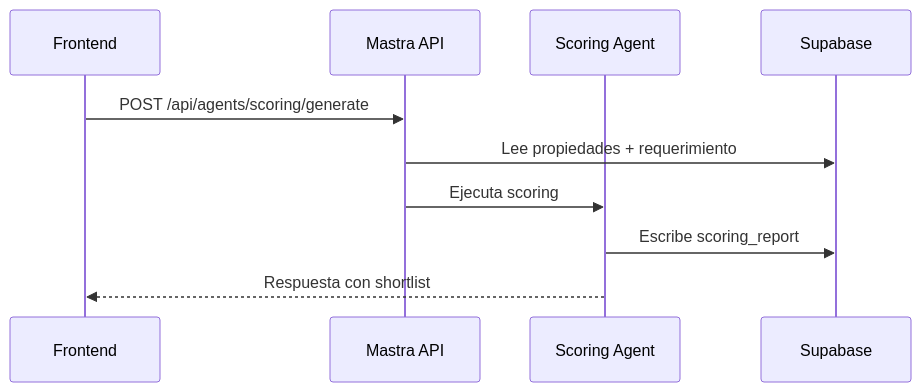
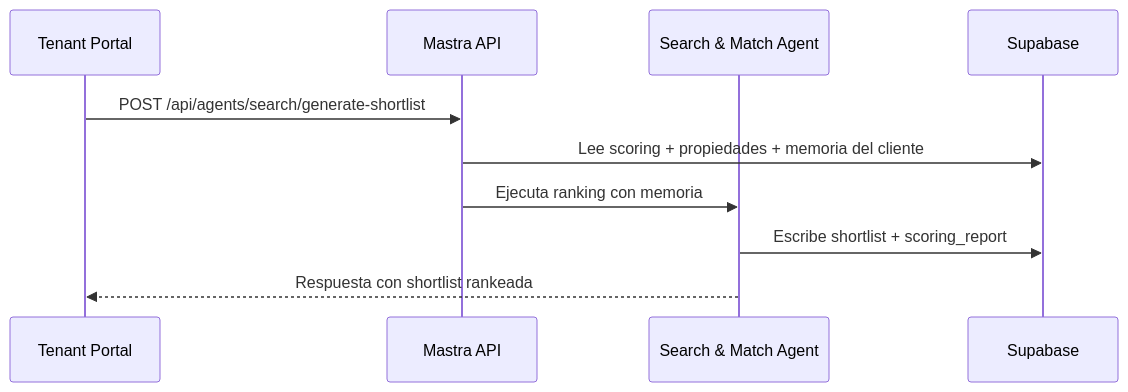
The fifth of 6 diagrams in 02-Architecture/Agent-Architecture.md (pablo-beiqa/beiqa-real-estate-platform), drawn with Mermaid before and after one commit. The commit also changed other lines of this file and 18 other files, not shown here.

````diff
--- a/02-Architecture/Agent-Architecture.md
+++ b/02-Architecture/Agent-Architecture.md
@@ -239,13 +652,13 @@
 ```mermaid
 sequenceDiagram
-    participant FE as Frontend
+    participant FE as Tenant Portal
     participant MA as Mastra API
-    participant Agent as Scoring Agent
+    participant SM as Search & Match Agent
     participant SB as Supabase
 
-    FE->>MA: POST /api/agents/scoring/generate
-    MA->>SB: Lee propiedades + requerimiento
-    MA->>Agent: Ejecuta scoring
-    Agent->>SB: Escribe scoring_report
-    Agent-->>FE: Respuesta con shortlist
+    FE->>MA: POST /api/agents/search/generate-shortlist
+    MA->>SB: Lee scoring + propiedades + memoria del cliente
+    MA->>SM: Ejecuta ranking con memoria
+    SM->>SB: Escribe shortlist + scoring_report
+    SM-->>FE: Respuesta con shortlist rankeada
 ```
````
